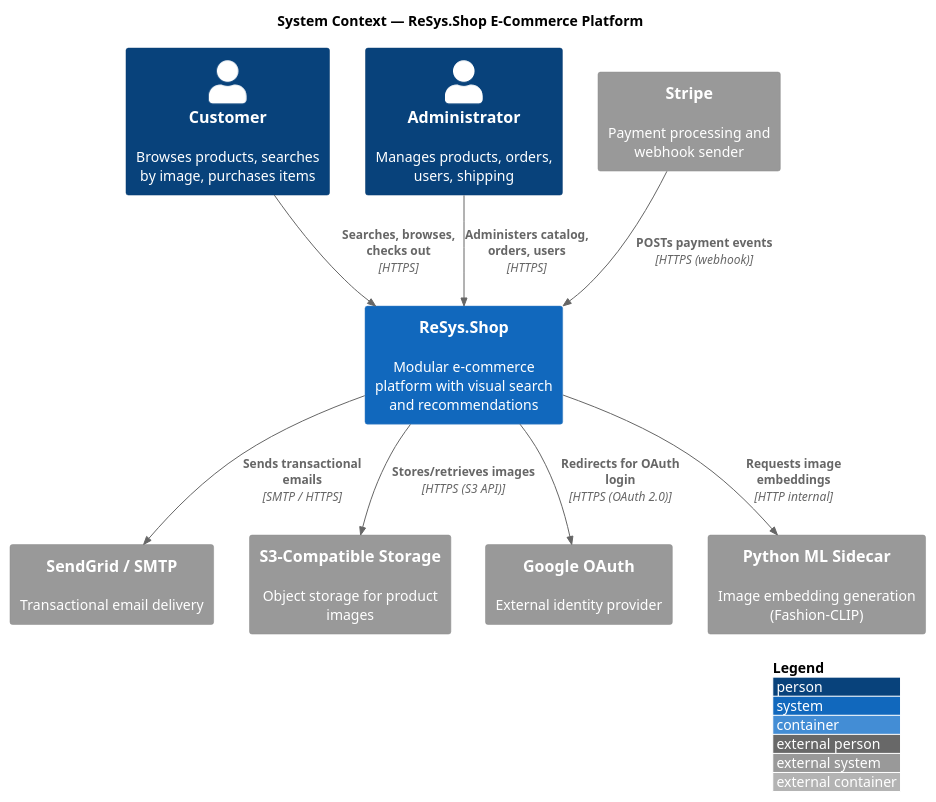
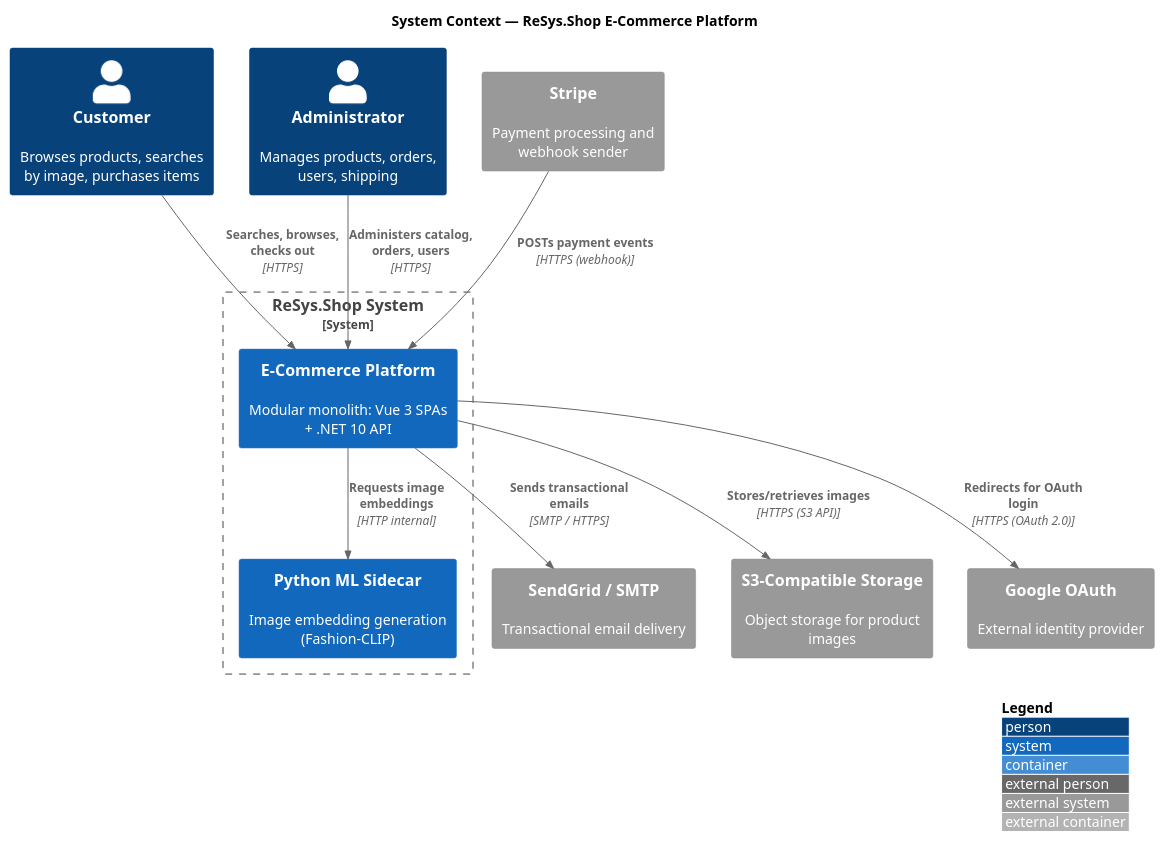
The diagram in diagrams/03-c4-context.puml (qingfa-dev/ReSys.Shop), drawn with PlantUML before and after one commit. The commit also changed 2 other files, not shown here.

Commit message:
fix(thesis): ch4 — correct component count, replace InventoryUnit, fix C4 ML boundary, define ERD join tables

```diff
--- a/diagrams/03-c4-context.puml
+++ b/diagrams/03-c4-context.puml
@@ -1,28 +1,30 @@
 @startuml 03-c4-context
 !include <C4/C4_Context>
 !include <C4/C4_Container>
 
 LAYOUT_WITH_LEGEND()
 
 title System Context — ReSys.Shop E-Commerce Platform
 
 Person(customer, "Customer", "Browses products, searches by image, purchases items")
 Person(admin, "Administrator", "Manages products, orders, users, shipping")
 
-System(resys, "ReSys.Shop", "Modular e-commerce platform with visual search and recommendations")
+System_Boundary(c1, "ReSys.Shop System") {
+    System(resys, "E-Commerce Platform", "Modular monolith: Vue 3 SPAs + .NET 10 API")
+    System(ml_sidecar, "Python ML Sidecar", "Image embedding generation (Fashion-CLIP)")
+}
 
 System_Ext(stripe, "Stripe", "Payment processing and webhook sender")
 System_Ext(sendgrid, "SendGrid / SMTP", "Transactional email delivery")
 System_Ext(s3, "S3-Compatible Storage", "Object storage for product images")
 System_Ext(google, "Google OAuth", "External identity provider")
-System_Ext(ml_sidecar, "Python ML Sidecar", "Image embedding generation (Fashion-CLIP)")
 
 Rel(customer, resys, "Searches, browses, checks out", "HTTPS")
 Rel(admin, resys, "Administers catalog, orders, users", "HTTPS")
 Rel(stripe, resys, "POSTs payment events", "HTTPS (webhook)")
 Rel(resys, sendgrid, "Sends transactional emails", "SMTP / HTTPS")
 Rel(resys, s3, "Stores/retrieves images", "HTTPS (S3 API)")
 Rel(resys, google, "Redirects for OAuth login", "HTTPS (OAuth 2.0)")
 Rel(resys, ml_sidecar, "Requests image embeddings", "HTTP internal")
 
 @enduml
```
